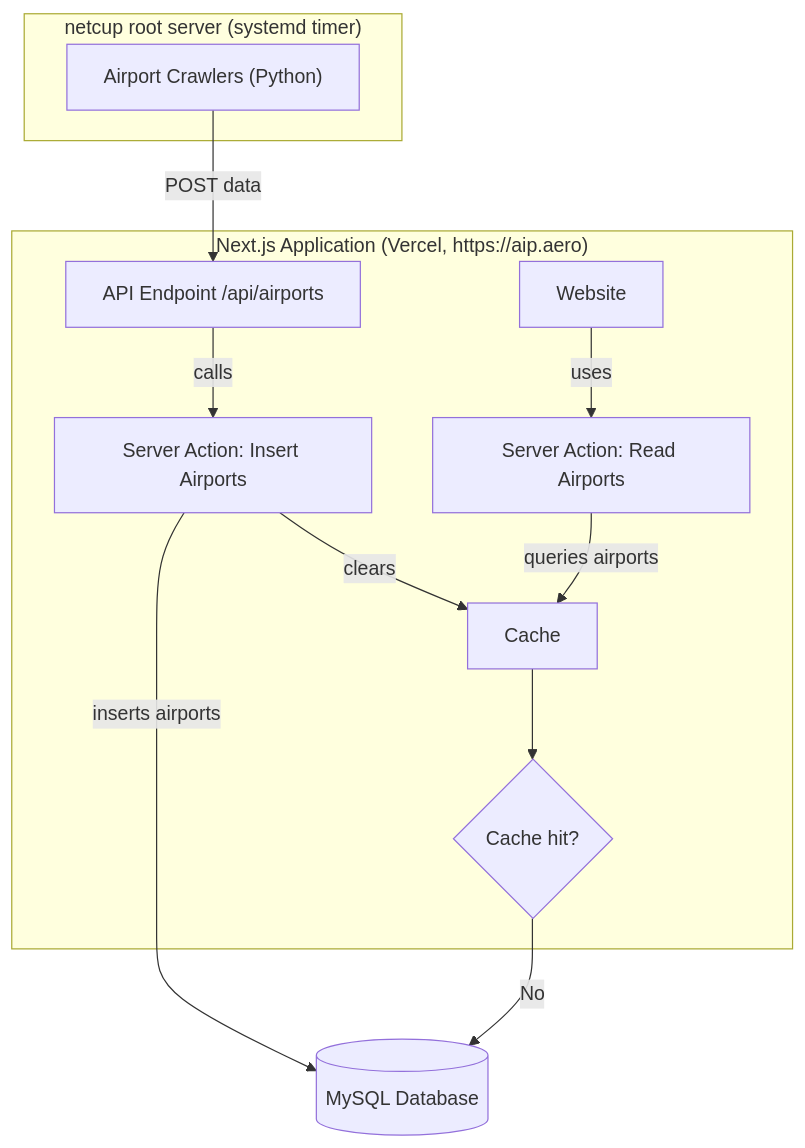
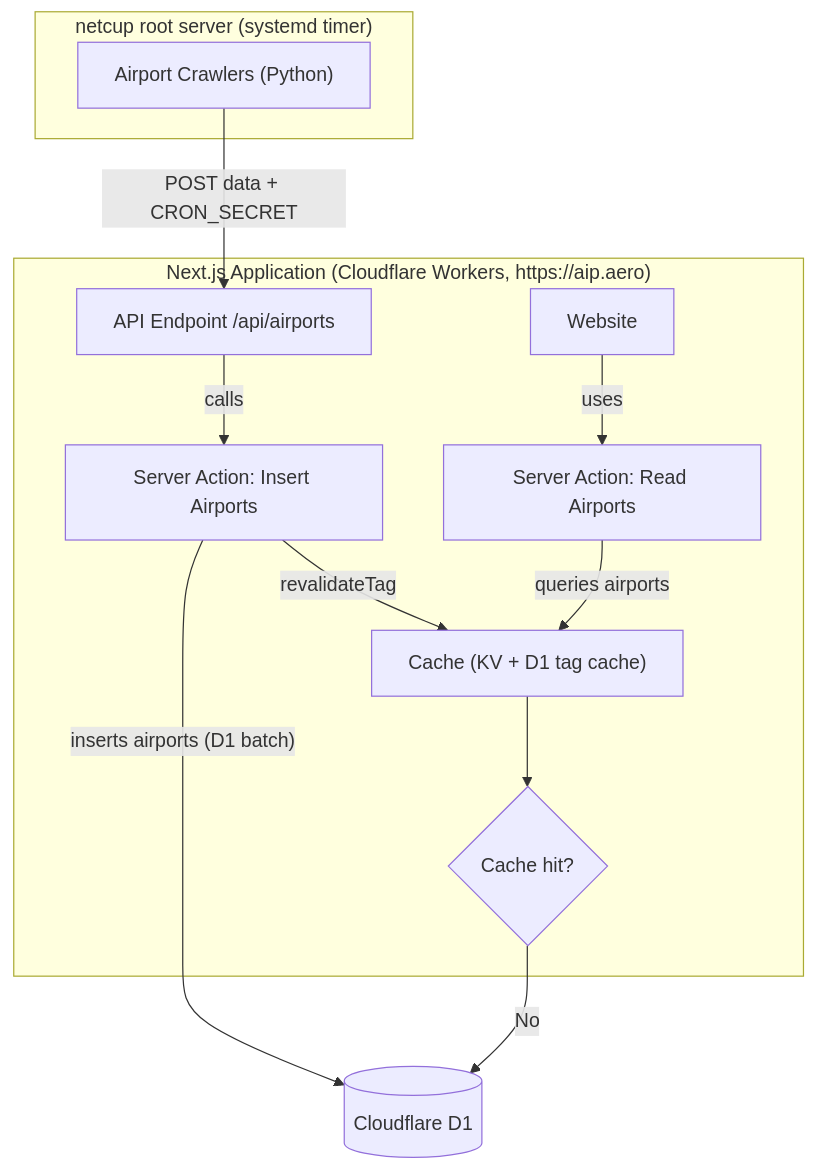
The diagram in README.md (alexanderdross/AipAero), drawn with Mermaid before and after one commit. The commit also changed other lines of this file and 2 other files, not shown here.

First line of the commit message:
Bind aip.aero custom domain on Workers + www redirect

````diff
--- a/README.md
+++ b/README.md
@@ -16,22 +19,22 @@
 ```mermaid
 flowchart TD
- subgraph subGraph0["Next.js Application (Vercel, https://aip.aero)"]
+ subgraph subGraph0["Next.js Application (Cloudflare Workers, https://aip.aero)"]
         API["API Endpoint /api/airports"]
         Website["Website"]
         InsertAction["Server Action: Insert Airports"]
         ReadAction["Server Action: Read Airports"]
-        Cache["Cache"]
+        Cache["Cache (KV + D1 tag cache)"]
         IsHit{"Cache hit?"}
   end
  subgraph subGraph1["netcup root server (systemd timer)"]
         Crawlers["Airport Crawlers (Python)"]
   end
-    Crawlers -- POST data --> API
+    Crawlers -- "POST data + CRON_SECRET" --> API
     API -- calls --> InsertAction
-    InsertAction -- inserts airports --> MySQL[("MySQL Database")]
-    InsertAction -- clears --> Cache
+    InsertAction -- inserts airports (D1 batch) --> D1[("Cloudflare D1")]
+    InsertAction -- "revalidateTag" --> Cache
     Website -- uses --> ReadAction
     ReadAction -- queries airports --> Cache
     Cache --> IsHit
-    IsHit -- No --> MySQL
+    IsHit -- No --> D1
 ```
````
